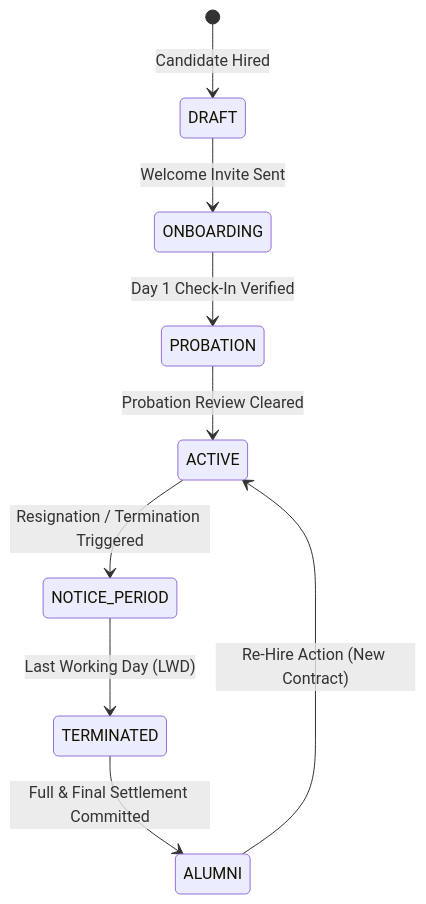
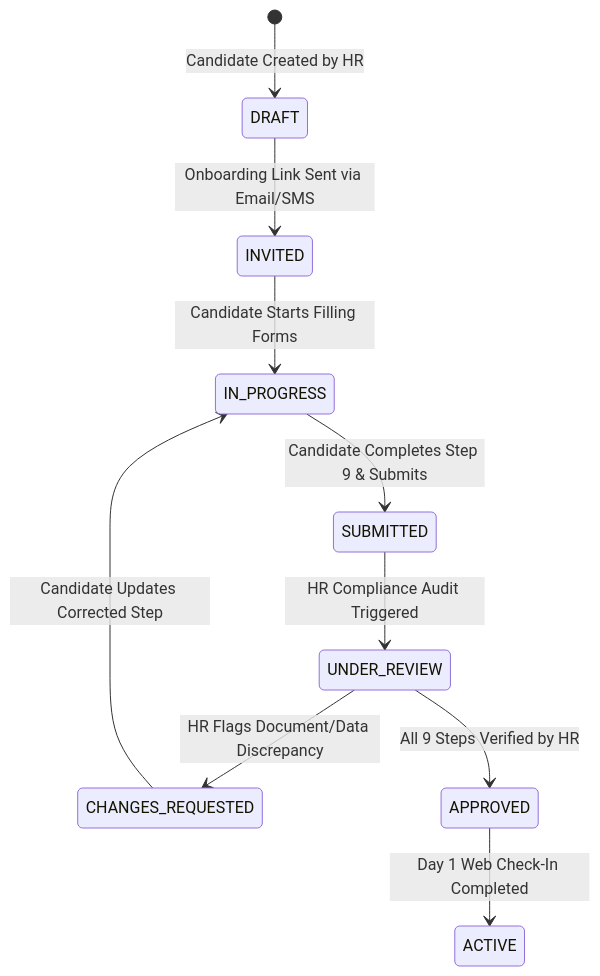
One commit to innostes-dev/erp changed the third of 3 diagrams in research/final_modules/hrms/01_architecture_and_party_model.md. Above: the diagram before and after it, drawn with Mermaid. The commit also changed other lines of this file and 2 other files, not shown here.

Commit message:
docs(hrms): expand enterprise master employee data model, 9-step onboarding, and statutory vault

````diff
--- a/research/final_modules/hrms/01_architecture_and_party_model.md
+++ b/research/final_modules/hrms/01_architecture_and_party_model.md
@@ -75,11 +390,12 @@
 ```mermaid
 stateDiagram-v2
-    [*] --> DRAFT : Candidate Hired
-    DRAFT --> ONBOARDING : Welcome Invite Sent
-    ONBOARDING --> PROBATION : Day 1 Check-In Verified
-    PROBATION --> ACTIVE : Probation Review Cleared
-    ACTIVE --> NOTICE_PERIOD : Resignation / Termination Triggered
-    NOTICE_PERIOD --> TERMINATED : Last Working Day (LWD)
-    TERMINATED --> ALUMNI : Full & Final Settlement Committed
-    ALUMNI --> ACTIVE : Re-Hire Action (New Contract)
+    [*] --> DRAFT : Candidate Created by HR
+    DRAFT --> INVITED : Onboarding Link Sent via Email/SMS
+    INVITED --> IN_PROGRESS : Candidate Starts Filling Forms
+    IN_PROGRESS --> SUBMITTED : Candidate Completes Step 9 & Submits
+    SUBMITTED --> UNDER_REVIEW : HR Compliance Audit Triggered
+    UNDER_REVIEW --> CHANGES_REQUESTED : HR Flags Document/Data Discrepancy
+    CHANGES_REQUESTED --> IN_PROGRESS : Candidate Updates Corrected Step
+    UNDER_REVIEW --> APPROVED : All 9 Steps Verified by HR
+    APPROVED --> ACTIVE : Day 1 Web Check-In Completed
 ```
````
